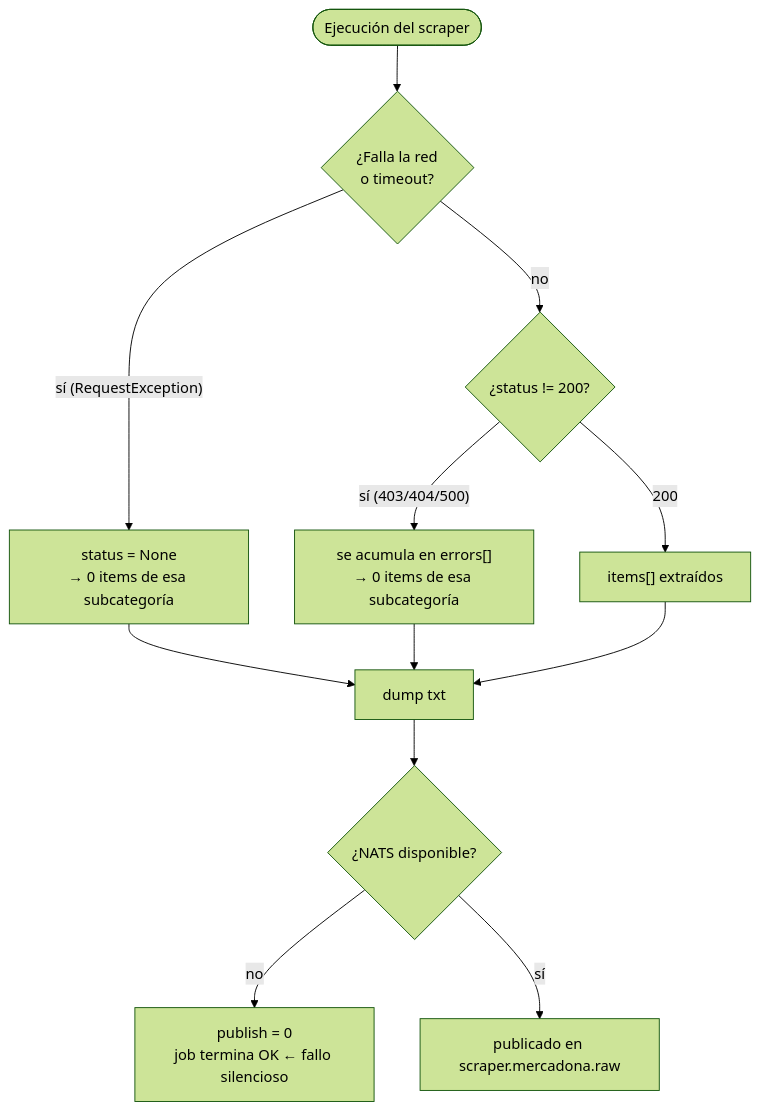
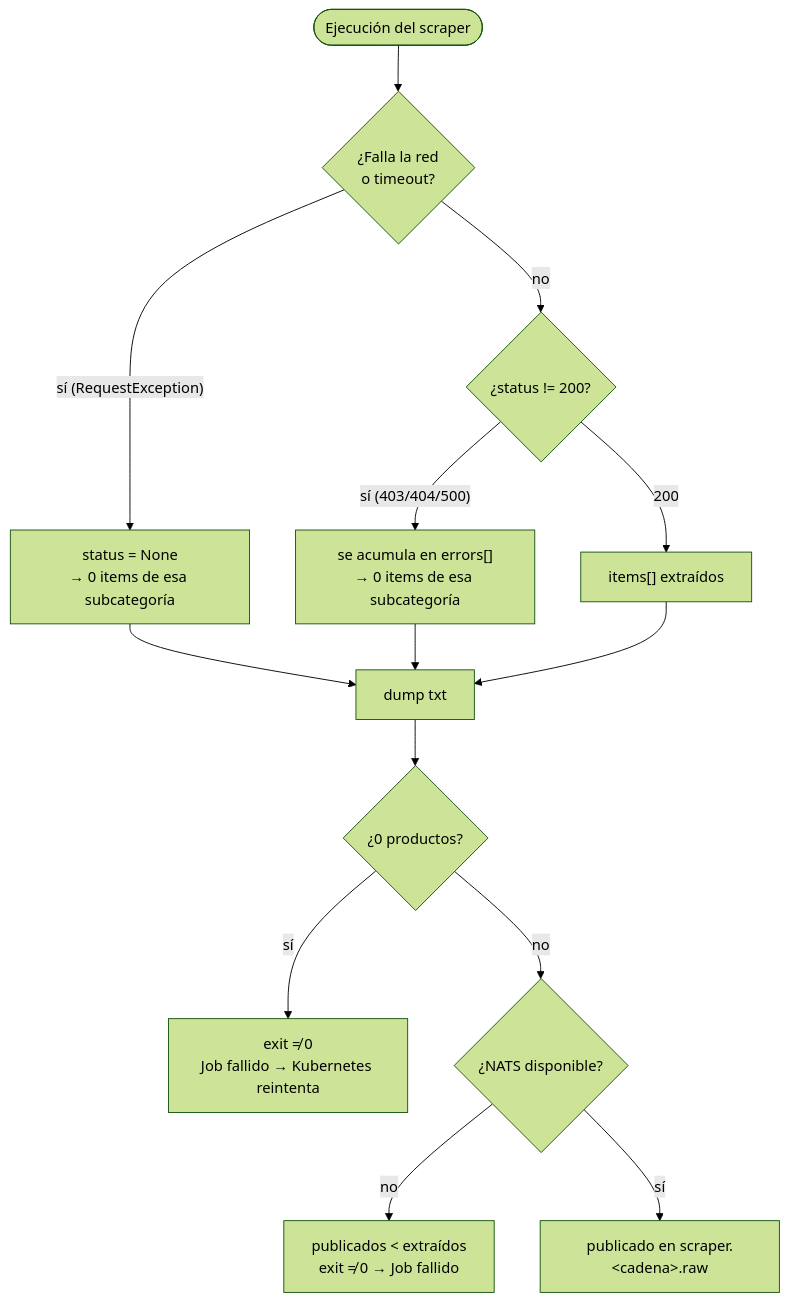
Before and after one commit to TheMinimalOwl/PTI-Q26-27-TARDOR: the first of 2 diagrams in flujo-entrada/docs/04-estados-y-errores.md, drawn with Mermaid (forest theme). The commit also changed other lines of this file and 10 other files, not shown here.

````diff
--- a/flujo-entrada/docs/04-estados-y-errores.md
+++ b/flujo-entrada/docs/04-estados-y-errores.md
@@ -5,14 +5,16 @@
 ```mermaid
 flowchart TB
   START(["Ejecución del scraper"]) --> NET{"¿Falla la red<br/>o timeout?"}
   NET -->|"sí (RequestException)"| F1["status = None<br/>→ 0 items de esa subcategoría"]
   NET -->|"no"| HTTP{"¿status != 200?"}
   HTTP -->|"sí (403/404/500)"| F2["se acumula en errors[]<br/>→ 0 items de esa subcategoría"]
   HTTP -->|"200"| OK["items[] extraídos"]
   OK --> DUMP["dump txt"]
-  DUMP --> PUB{"¿NATS disponible?"}
-  PUB -->|"no"| F3["publish = 0<br/>job termina OK ← fallo silencioso"]
-  PUB -->|"sí"| F4["publicado en scraper.mercadona.raw"]
+  DUMP --> ZERO{"¿0 productos?"}
+  ZERO -->|"sí"| F5["exit ≠ 0<br/>Job fallido → Kubernetes reintenta"]
+  ZERO -->|"no"| PUB{"¿NATS disponible?"}
+  PUB -->|"no"| F3["publicados &lt; extraídos<br/>exit ≠ 0 → Job fallido"]
+  PUB -->|"sí"| F4["publicado en scraper.&lt;cadena&gt;.raw"]
   F1 --> DUMP
   F2 --> DUMP
 ```
````
